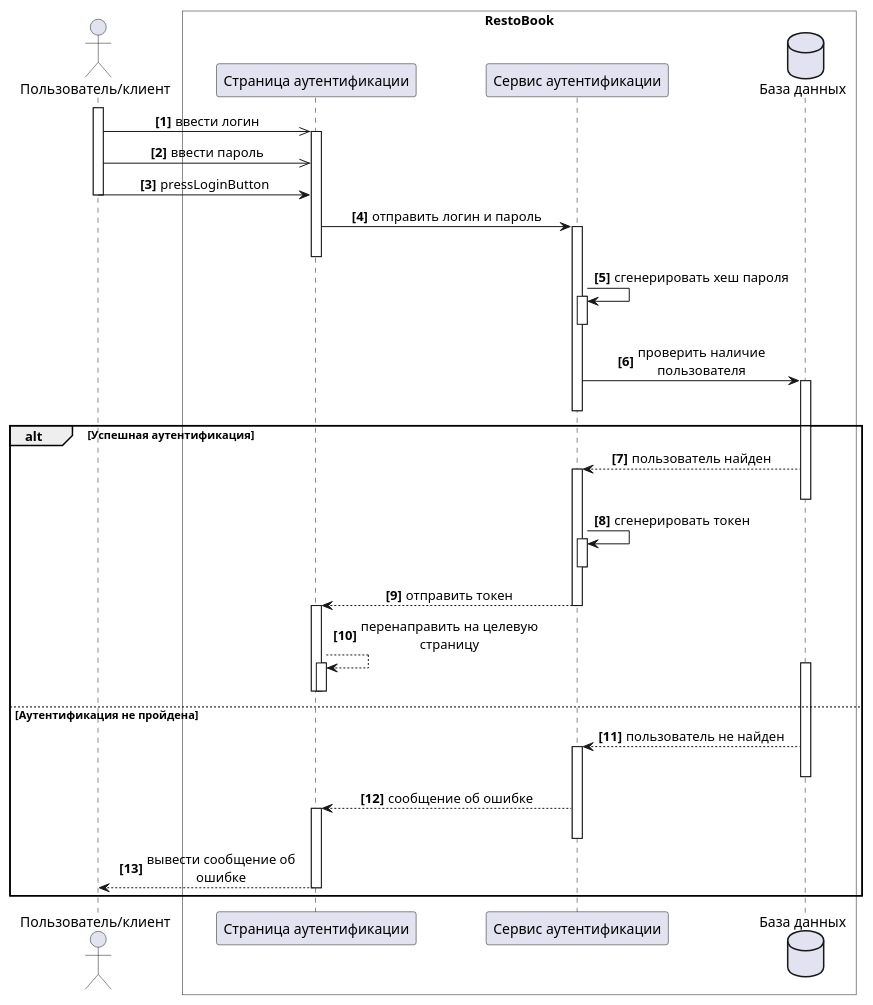
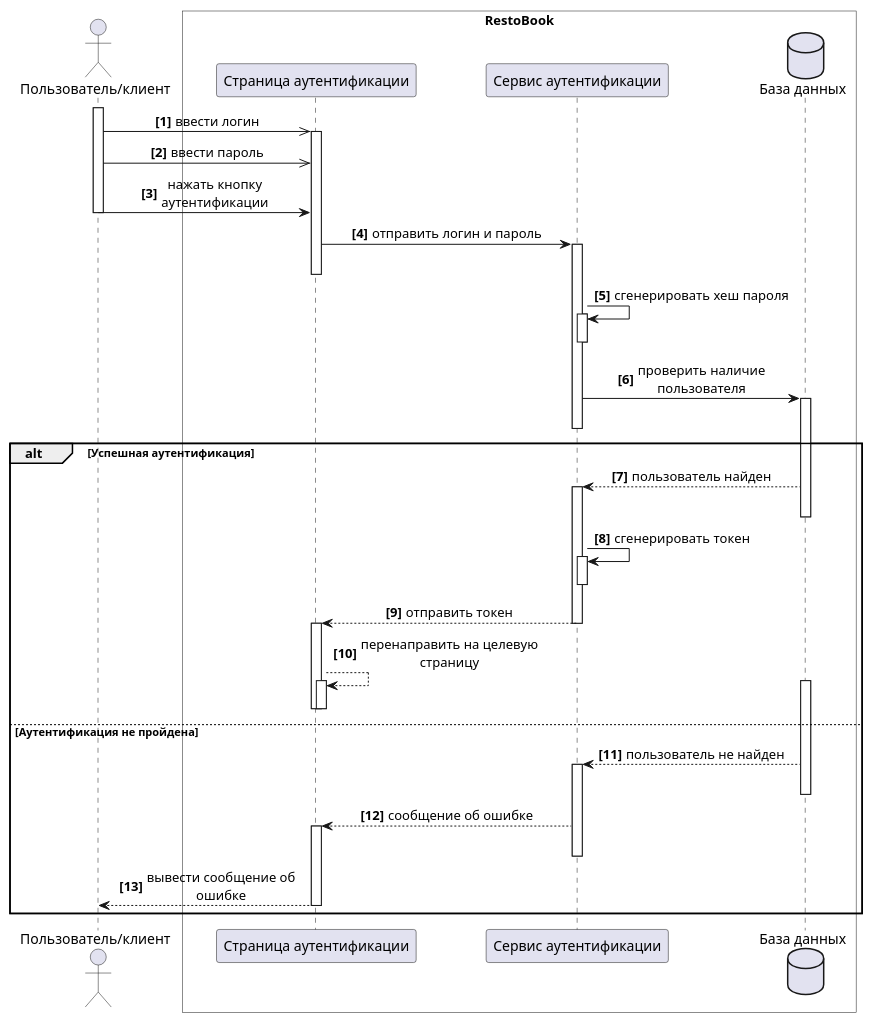
One commit to solopov-av-edu/RestoBook-Docs changed the diagram in docs/diagrams/src/auth.puml. Above: the diagram before and after it, drawn with PlantUML. The commit also changed 1 other file, not shown here.

```diff
--- a/docs/diagrams/src/auth.puml
+++ b/docs/diagrams/src/auth.puml
@@ -1,56 +1,56 @@
 @startuml
 
 'hide footbox
 skinparam {
     MaxMessageSize 200
 }
 skinparam sequence{
     ParticipantPadding 30
     MessageAlign center
 }
 autonumber "<b>[0]"
 
 actor "Пользователь/клиент" as user
 box "RestoBook" #transparent
     participant "Страница аутентификации" as auth_f
     participant "Сервис аутентификации" as auth_s
     database "База данных" as db
     'participant "Приложение" as app
 end box
 
 user++
 user ->> auth_f++: ввести логин
 user ->> auth_f: ввести пароль
-user -> auth_f: pressLoginButton
+user -> auth_f: нажать кнопку аутентификации
 user--
 
 auth_f -> auth_s++: отправить логин и пароль
 auth_f--
 auth_s -> auth_s++: сгенерировать хеш пароля
 auth_s--
 auth_s -> db++: проверить наличие пользователя
 auth_s--
 alt Успешная аутентификация
     
     db --> auth_s: пользователь найден
     auth_s++
     db--
     auth_s -> auth_s++: сгенерировать токен
     auth_s--
     auth_s --> auth_f: отправить токен
     auth_s--
     auth_f++
     auth_f --> auth_f++: перенаправить на целевую страницу
     auth_f--
     auth_f--
 else Аутентификация не пройдена
     db++
     db --> auth_s++: пользователь не найден
     db--
     auth_s --> auth_f++: сообщение об ошибке
     auth_s--
     auth_f --> user: вывести сообщение об ошибке
     
     auth_f--
 end
 @enduml
```
